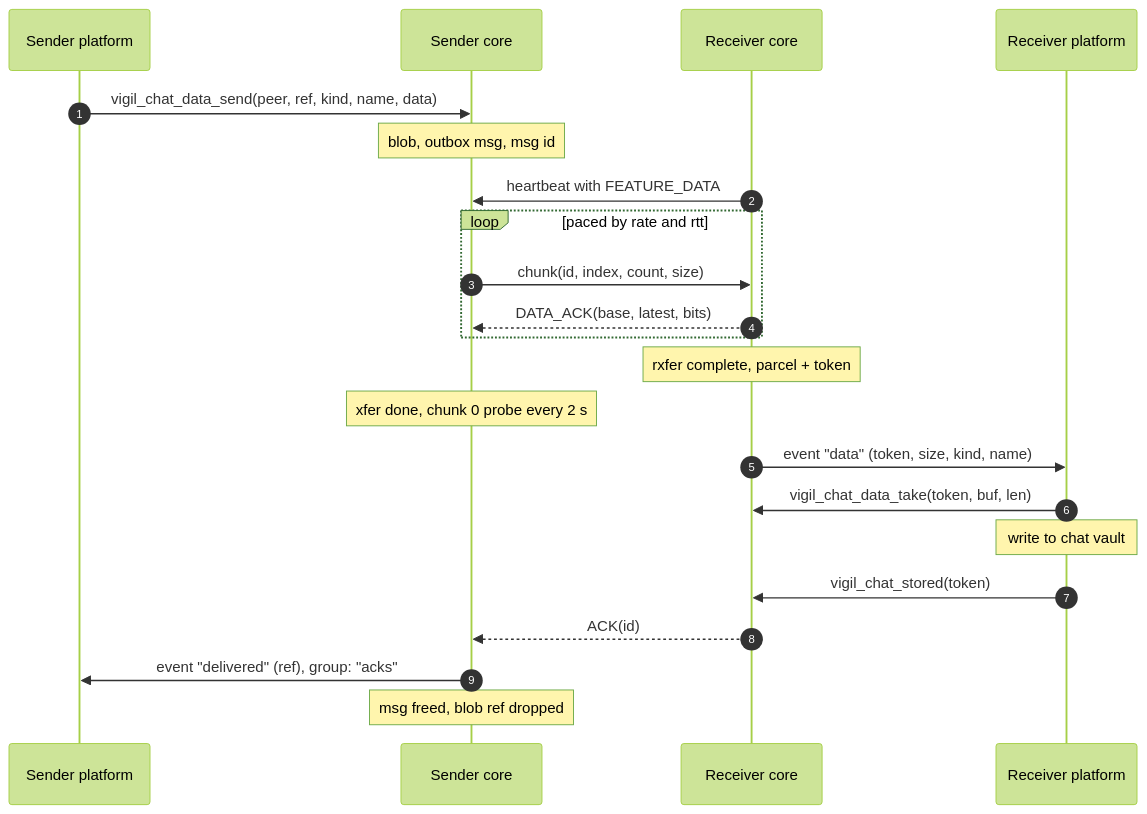
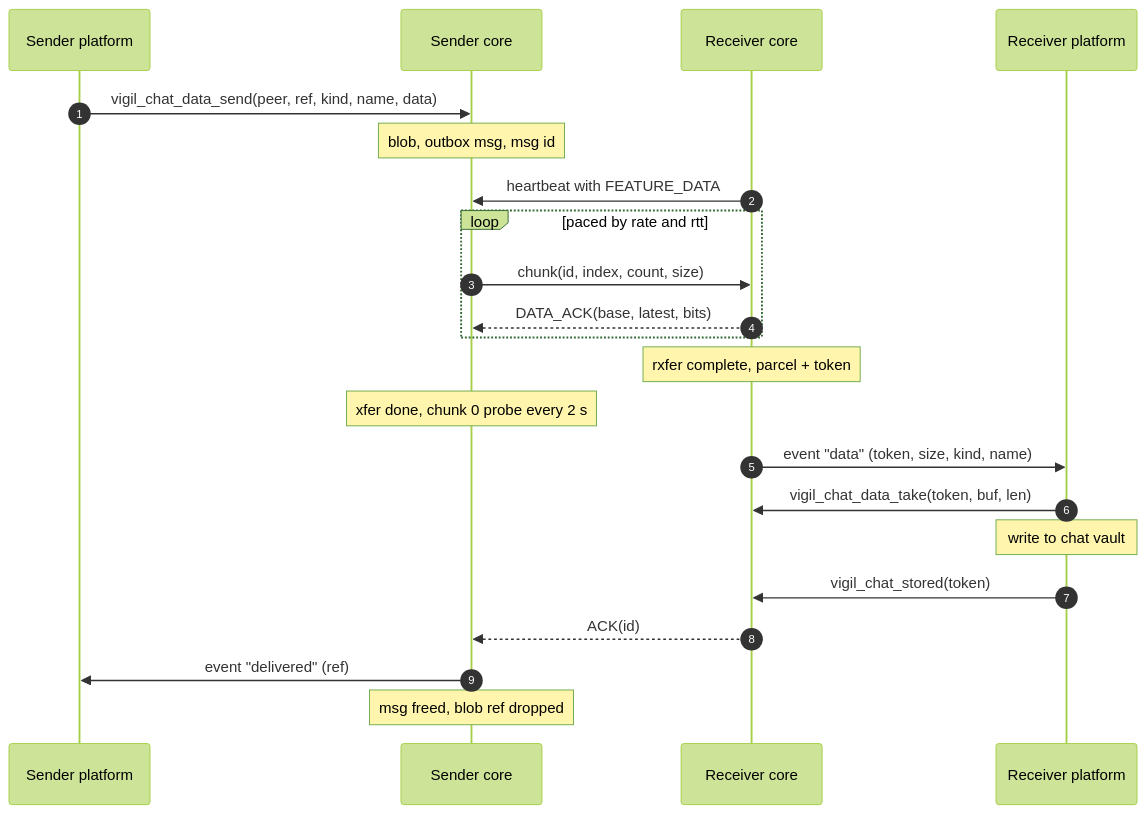
One commit to jorisvink/vigil changed the first of 7 diagrams in docs/parcel.md. Above: the diagram before and after it, drawn with Mermaid (forest theme). The commit also changed other lines of this file and 23 other files, not shown here.

````diff
--- a/docs/parcel.md
+++ b/docs/parcel.md
@@ -16,25 +16,25 @@
 ```mermaid
 sequenceDiagram
     autonumber
     participant SP as Sender platform
     participant SC as Sender core
     participant RC as Receiver core
     participant RP as Receiver platform
 
     SP->>SC: vigil_chat_data_send(peer, ref, kind, name, data)
     Note over SC: blob, outbox msg, msg id
     RC->>SC: heartbeat with FEATURE_DATA
     loop paced by rate and rtt
         SC->>RC: chunk(id, index, count, size)
         RC-->>SC: DATA_ACK(base, latest, bits)
     end
     Note over RC: rxfer complete, parcel + token
     Note over SC: xfer done, chunk 0 probe every 2 s
     RC->>RP: event "data" (token, size, kind, name)
     RP->>RC: vigil_chat_data_take(token, buf, len)
     Note over RP: write to chat vault
     RP->>RC: vigil_chat_stored(token)
     RC-->>SC: ACK(id)
-    SC->>SP: event "delivered" (ref), group: "acks"
+    SC->>SP: event "delivered" (ref)
     Note over SC: msg freed, blob ref dropped
 ```
````
